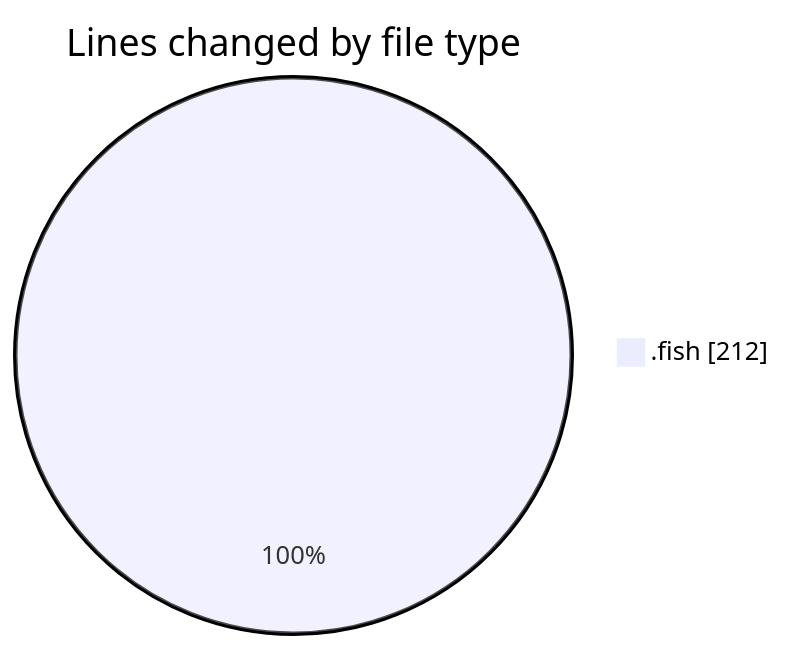
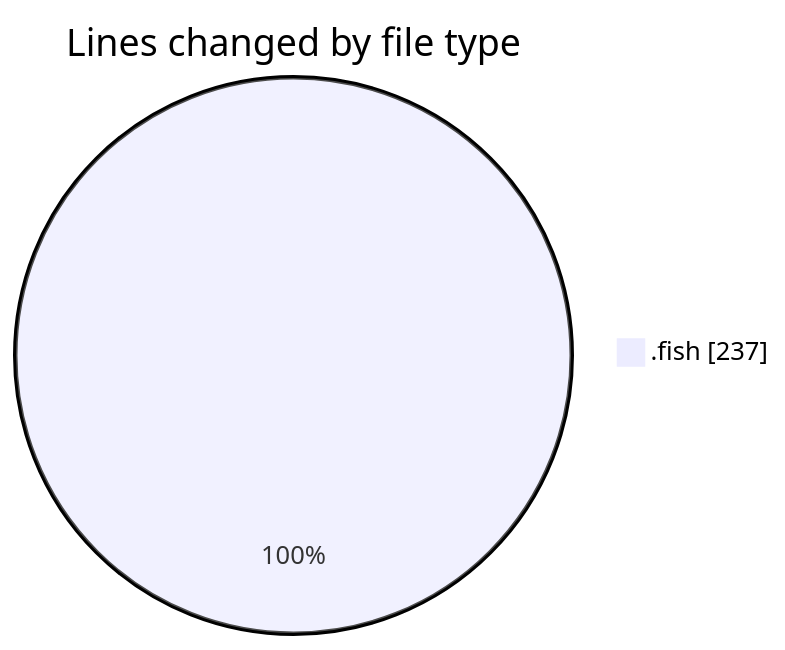
One commit to EIIisD/code-tracking changed the first of 2 diagrams in 2025-08-12/fish/README.md. Above: the diagram before and after it, drawn with Mermaid. The commit also changed other lines of this file and 1 other file, not shown here.

````diff
--- a/2025-08-12/fish/README.md
+++ b/2025-08-12/fish/README.md
@@ -20,5 +20,5 @@
 ```mermaid
 pie showData
 title Lines changed by file type
-".fish" : 212
+".fish" : 237
 ```
````
